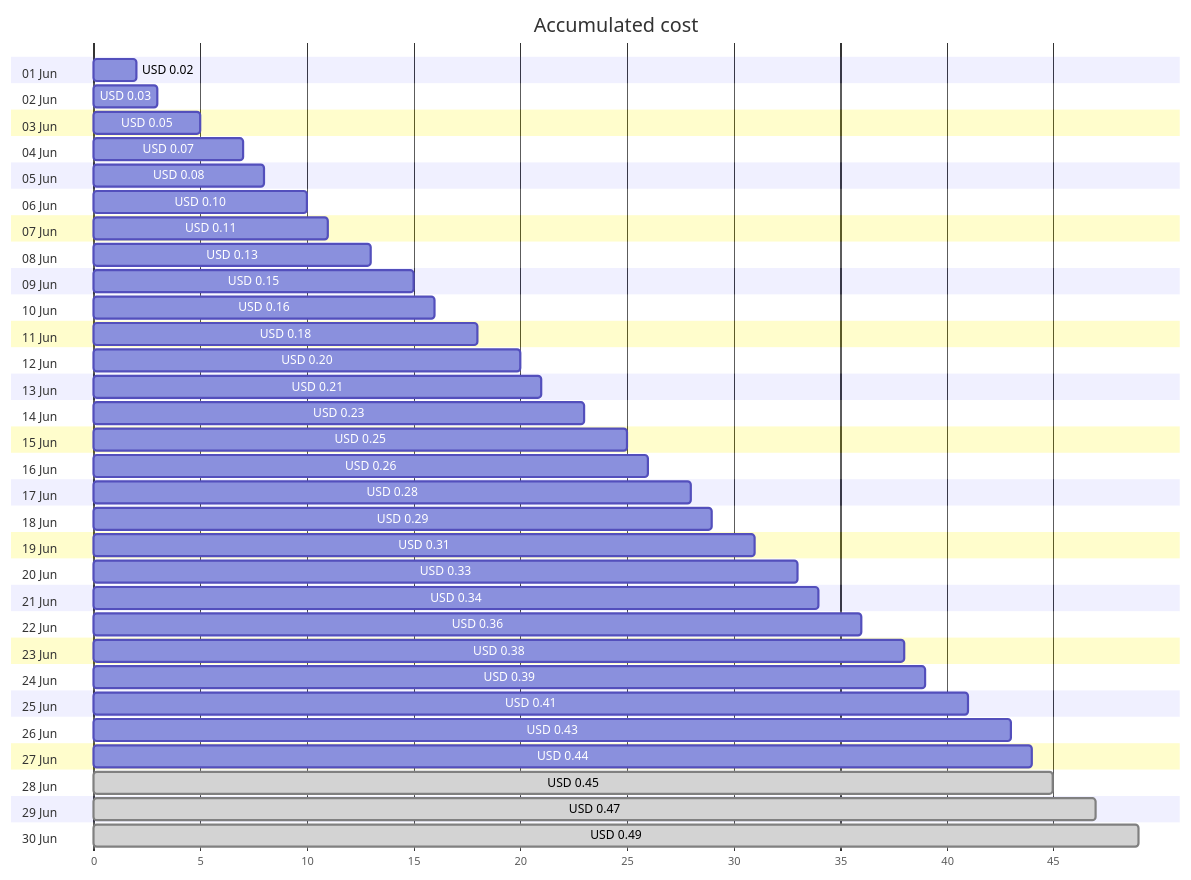
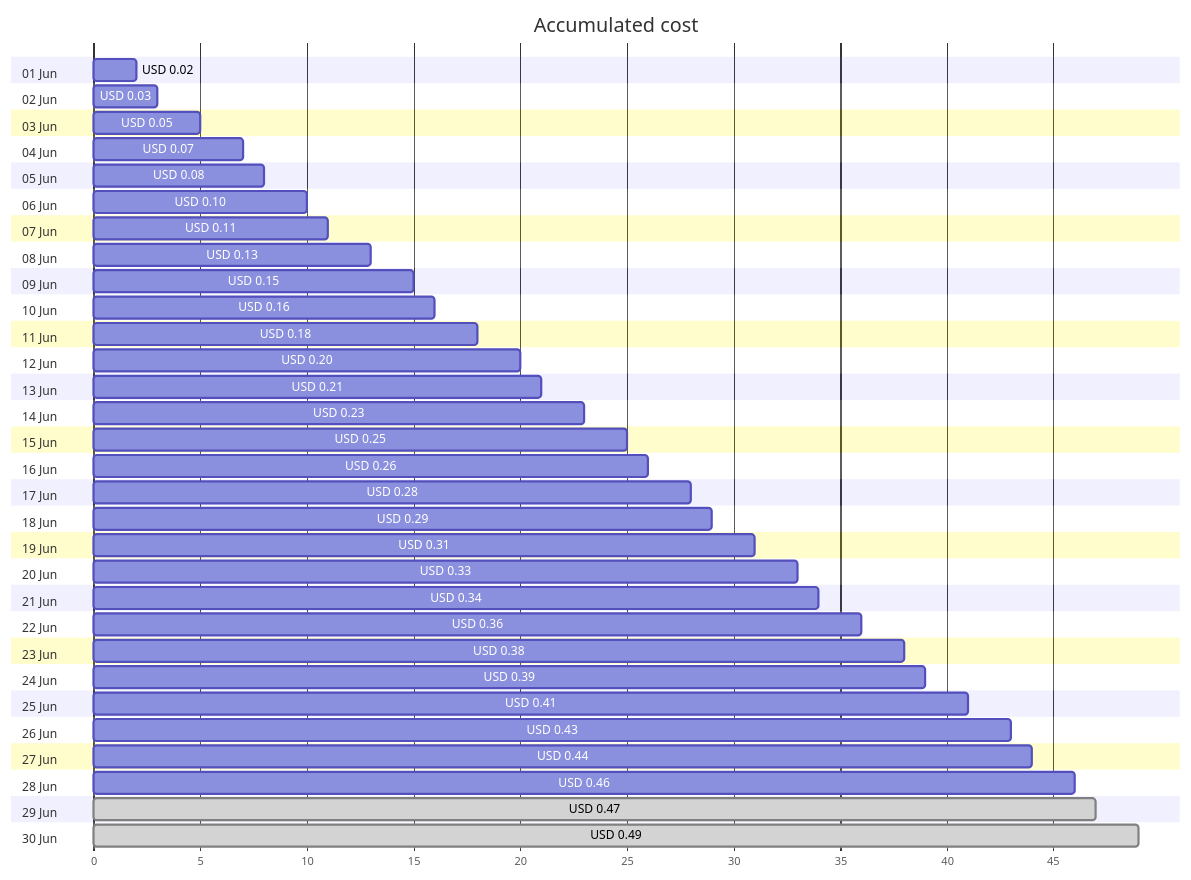
Before and after one commit to jpfulton/azure-personal-reports: the first of 4 diagrams in cost-reports/personal-dns/jpatrickfulton.com.md, drawn with Mermaid. The commit also changed other lines of this file and 2 other files, not shown here.

````diff
--- a/cost-reports/personal-dns/jpatrickfulton.com.md
+++ b/cost-reports/personal-dns/jpatrickfulton.com.md
@@ -20,66 +20,66 @@
 ```mermaid
 gantt
    title Accumulated cost
    dateFormat  X
    axisFormat %s
    section 01 Jun
    USD 0.02 :0, 2
    section 02 Jun
    USD 0.03 :0, 3
    section 03 Jun
    USD 0.05 :0, 5
    section 04 Jun
    USD 0.07 :0, 7
    section 05 Jun
    USD 0.08 :0, 8
    section 06 Jun
    USD 0.10 :0, 10
    section 07 Jun
    USD 0.11 :0, 11
    section 08 Jun
    USD 0.13 :0, 13
    section 09 Jun
    USD 0.15 :0, 15
    section 10 Jun
    USD 0.16 :0, 16
    section 11 Jun
    USD 0.18 :0, 18
    section 12 Jun
    USD 0.20 :0, 20
    section 13 Jun
    USD 0.21 :0, 21
    section 14 Jun
    USD 0.23 :0, 23
    section 15 Jun
    USD 0.25 :0, 25
    section 16 Jun
    USD 0.26 :0, 26
    section 17 Jun
    USD 0.28 :0, 28
    section 18 Jun
    USD 0.29 :0, 29
    section 19 Jun
    USD 0.31 :0, 31
    section 20 Jun
    USD 0.33 :0, 33
    section 21 Jun
    USD 0.34 :0, 34
    section 22 Jun
    USD 0.36 :0, 36
    section 23 Jun
    USD 0.38 :0, 38
    section 24 Jun
    USD 0.39 :0, 39
    section 25 Jun
    USD 0.41 :0, 41
    section 26 Jun
    USD 0.43 :0, 43
    section 27 Jun
    USD 0.44 :0, 44
    section 28 Jun
-   USD 0.45 : done, 0, 45
+   USD 0.46 :0, 46
    section 29 Jun
    USD 0.47 : done, 0, 47
    section 30 Jun
    USD 0.49 : done, 0, 49
 ```
````
